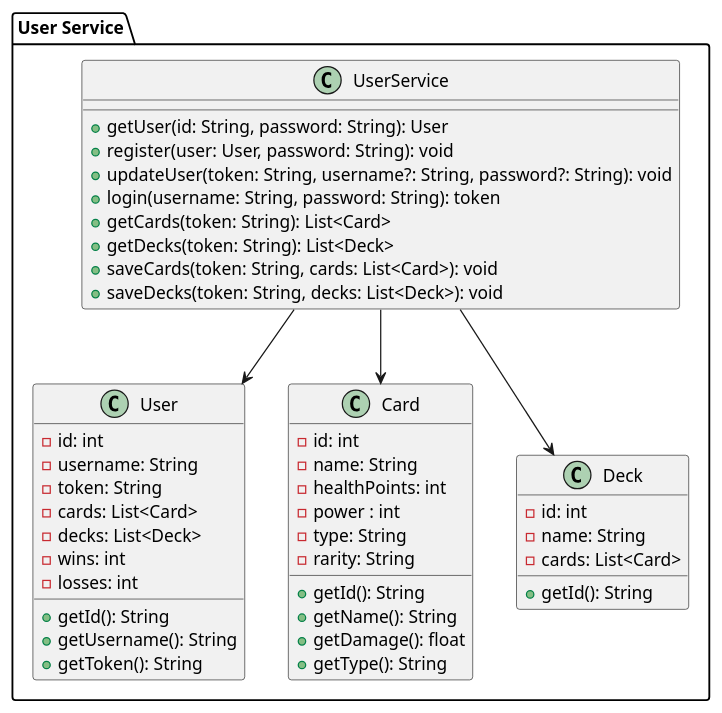
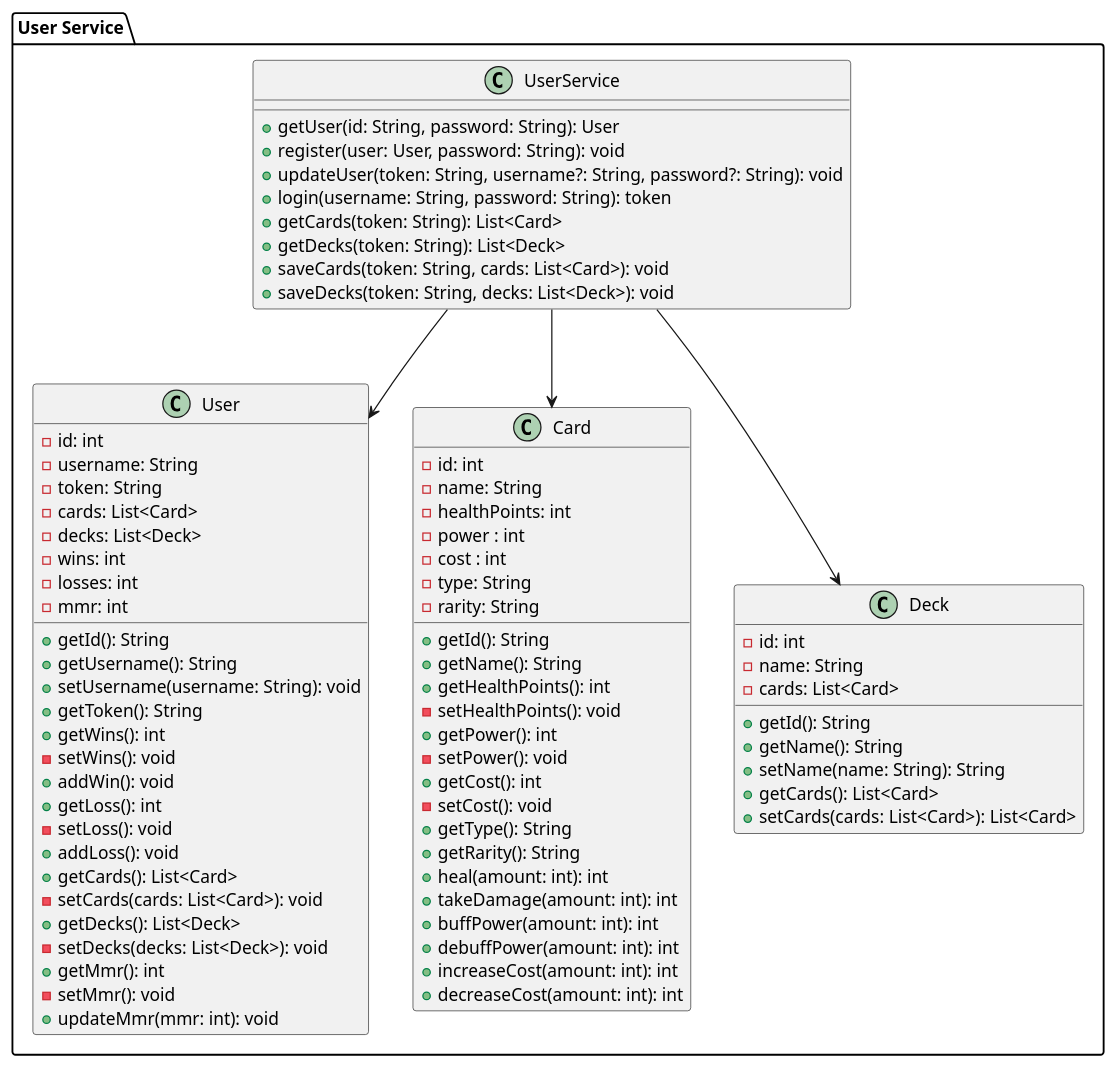
Before and after one commit to RobKokx/diagrammen-SAD-Pinc: the diagram in implementation view/userService.puml, drawn with PlantUML.

Commit message:
Update userService class diagram

```diff
--- a/implementation view/userService.puml
+++ b/implementation view/userService.puml
@@ -1,53 +1,85 @@
-@startuml
+@startuml UserService
 
 package "User Service" {
     class UserService {
         +getUser(id: String, password: String): User
         +register(user: User, password: String): void
         +updateUser(token: String, username?: String, password?: String): void
         +login(username: String, password: String): token
         +getCards(token: String): List<Card>
         +getDecks(token: String): List<Deck>
         +saveCards(token: String, cards: List<Card>): void
         +saveDecks(token: String, decks: List<Deck>): void
     }
 
     class User {
         -id: int
         -username: String
         -token: String
         -cards: List<Card>
         -decks: List<Deck>
         -wins: int
         -losses: int
+        -mmr: int
         +getId(): String
         +getUsername(): String
+        +setUsername(username: String): void
         +getToken(): String
+        +getWins(): int
+        -setWins(): void
+        +addWin(): void
+        +getLoss(): int
+        -setLoss(): void
+        +addLoss(): void
+        +getCards(): List<Card>
+        -setCards(cards: List<Card>): void
+        +getDecks(): List<Deck>
+        -setDecks(decks: List<Deck>): void
+        +getMmr(): int
+        -setMmr(): void
+        +updateMmr(mmr: int): void
     }
 
     class Card {
         -id: int
         -name: String
         -healthPoints: int
         -power : int
+        -cost : int
         -type: String
         -rarity: String
         +getId(): String
         +getName(): String
-        +getDamage(): float
+        +getHealthPoints(): int
+        -setHealthPoints(): void
+        +getPower(): int
+        -setPower(): void
+        +getCost(): int
+        -setCost(): void
         +getType(): String
+        +getRarity(): String
+        +heal(amount: int): int
+        +takeDamage(amount: int): int
+        +buffPower(amount: int): int
+        +debuffPower(amount: int): int
+        +increaseCost(amount: int): int
+        +decreaseCost(amount: int): int
     }
 
     class Deck {
         -id: int
         -name: String
         -cards: List<Card>
         +getId(): String
+        +getName(): String
+        +setName(name: String): String
+        +getCards(): List<Card>
+        +setCards(cards: List<Card>): List<Card>
     }
 
     UserService --> Card
     UserService --> User 
     UserService --> Deck
 }
 
 @enduml
```
